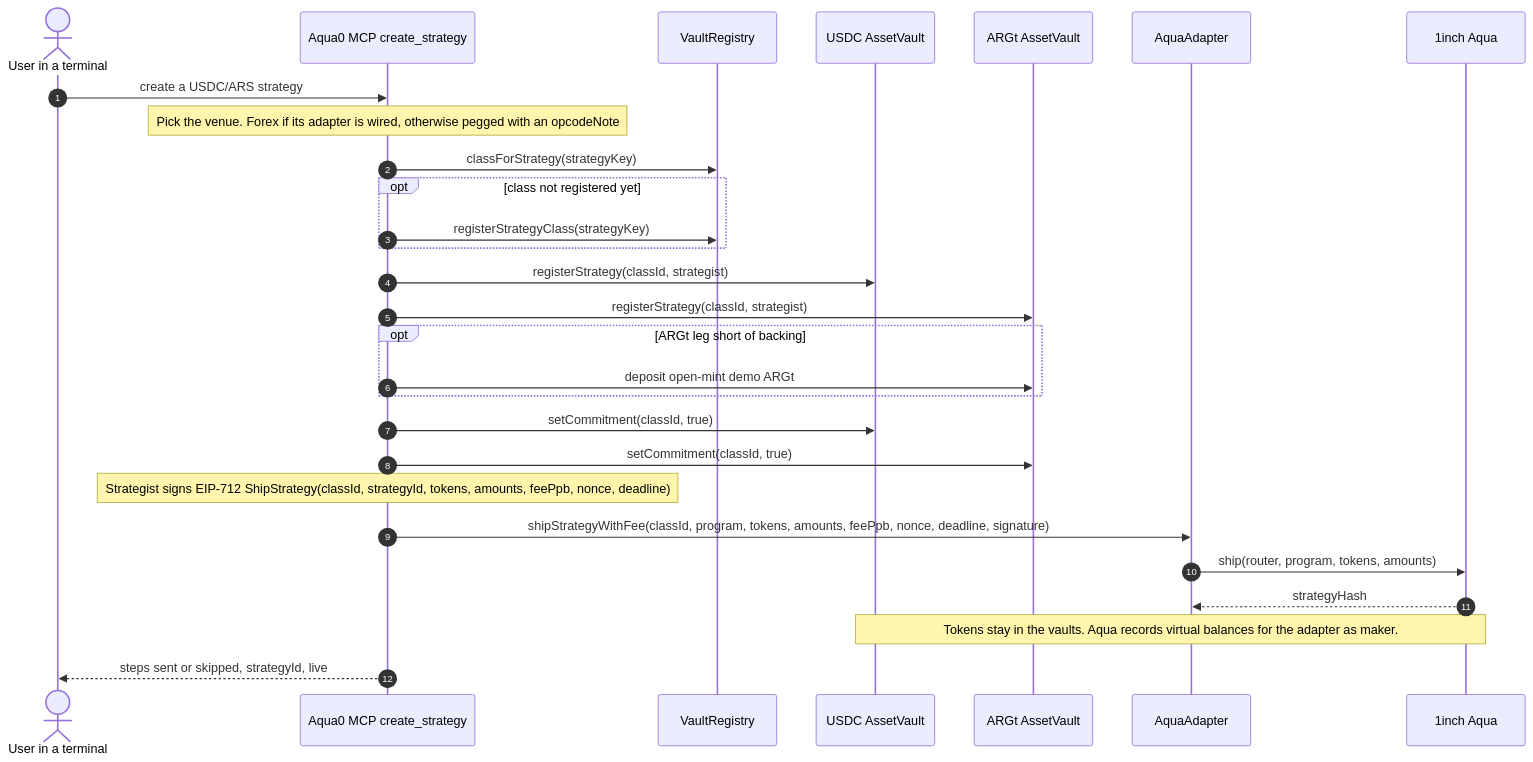
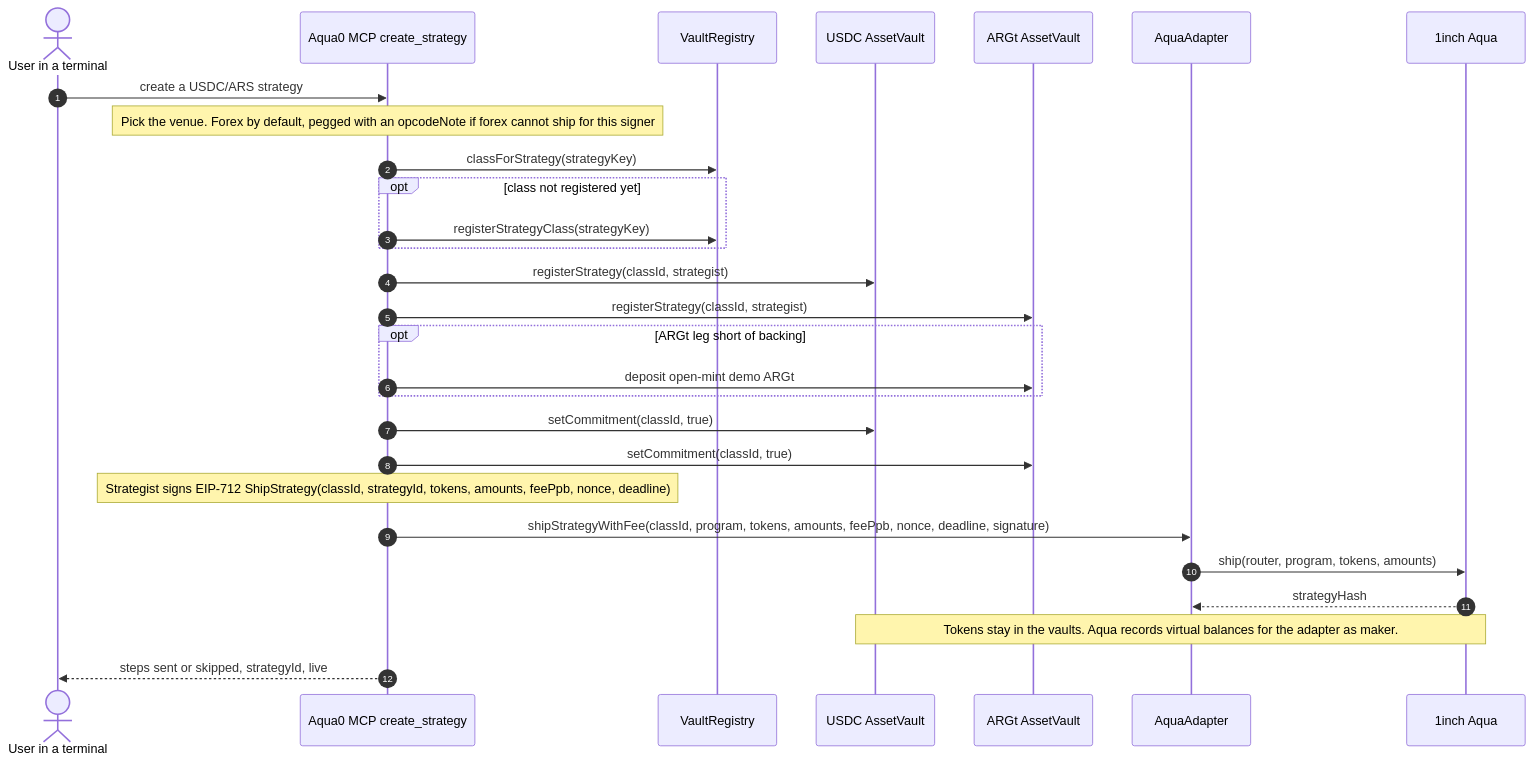
Before and after one commit to Aqua0-fi/aqua0-ethglobal: the third of 5 diagrams in README.md, drawn with Mermaid. The commit also changed other lines of this file and 9 other files, not shown here.

First line of the commit message:
docs: the forex venue and the subgraph are live on Arc Testnet

````diff
--- a/README.md
+++ b/README.md
@@ -204,31 +217,31 @@
 ```mermaid
 sequenceDiagram
   autonumber
   actor User as User in a terminal
   participant MCP as Aqua0 MCP create_strategy
   participant Registry as VaultRegistry
   participant UV as USDC AssetVault
   participant FV as ARGt AssetVault
   participant Adapter as AquaAdapter
   participant Aqua as 1inch Aqua
 
   User->>MCP: create a USDC/ARS strategy
-  Note over MCP: Pick the venue. Forex if its adapter is wired, otherwise pegged with an opcodeNote
+  Note over MCP: Pick the venue. Forex by default, pegged with an opcodeNote if forex cannot ship for this signer
   MCP->>Registry: classForStrategy(strategyKey)
   opt class not registered yet
     MCP->>Registry: registerStrategyClass(strategyKey)
   end
   MCP->>UV: registerStrategy(classId, strategist)
   MCP->>FV: registerStrategy(classId, strategist)
   opt ARGt leg short of backing
     MCP->>FV: deposit open-mint demo ARGt
   end
   MCP->>UV: setCommitment(classId, true)
   MCP->>FV: setCommitment(classId, true)
   Note over MCP: Strategist signs EIP-712 ShipStrategy(classId, strategyId, tokens, amounts, feePpb, nonce, deadline)
   MCP->>Adapter: shipStrategyWithFee(classId, program, tokens, amounts, feePpb, nonce, deadline, signature)
   Adapter->>Aqua: ship(router, program, tokens, amounts)
   Aqua-->>Adapter: strategyHash
   Note over UV,Aqua: Tokens stay in the vaults. Aqua records virtual balances for the adapter as maker.
   MCP-->>User: steps sent or skipped, strategyId, live
 ```
````
